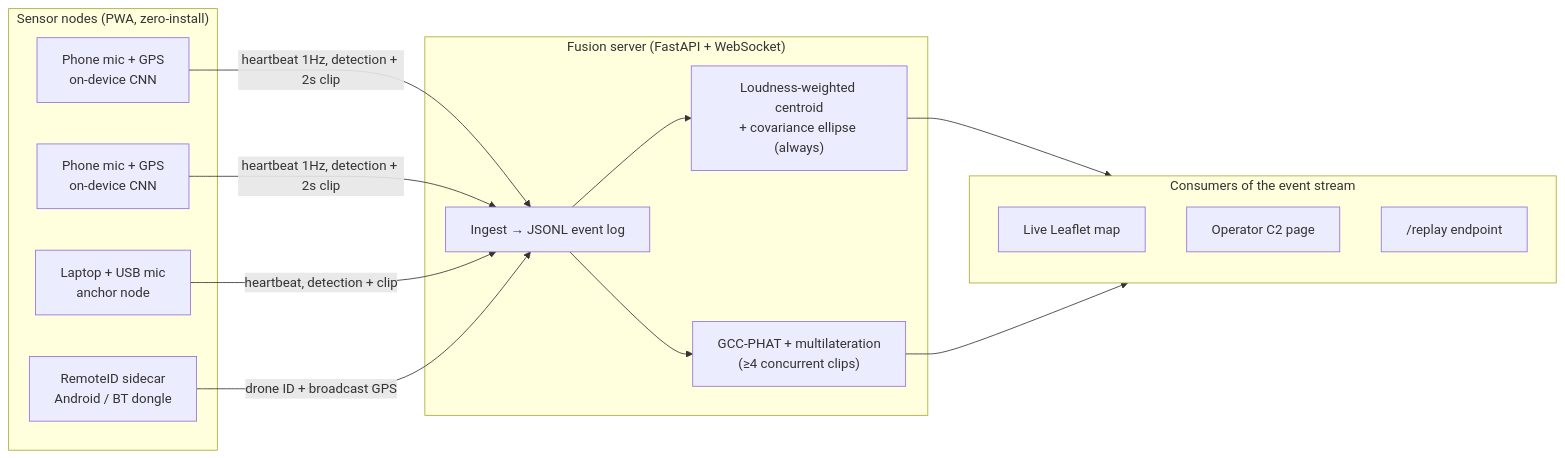
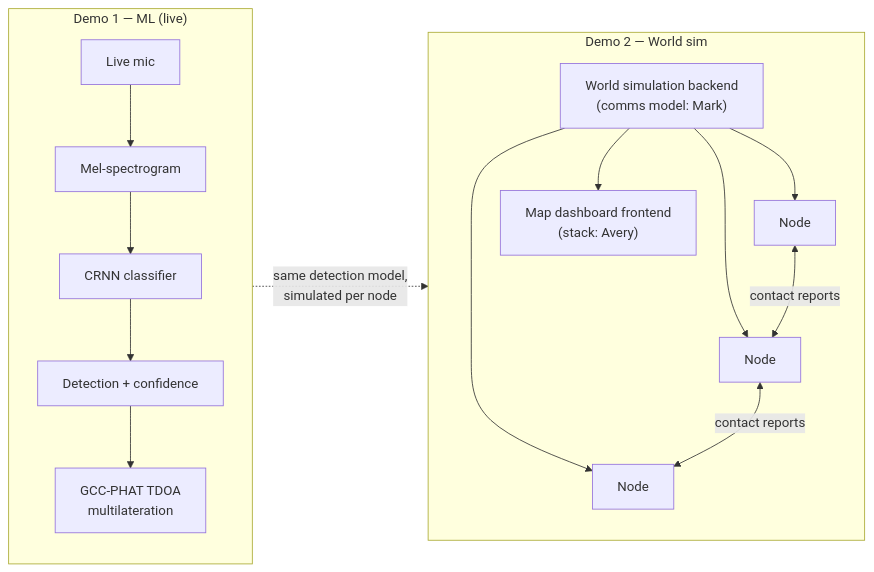
The diagram in README.md (hongnoul/dnhacks-node), drawn with Mermaid before and after one commit. The commit also changed other lines of this file, not shown here.

Commit message:
Draft README: two-demo plan (ML live-mic demo + world-sim full-stack demo)

````diff
--- a/README.md
+++ b/README.md
@@ -23,25 +40,14 @@
 ```mermaid
 flowchart LR
-    subgraph Nodes["Sensor nodes (PWA, zero-install)"]
-        P1["Phone mic + GPS\non-device CNN"]
-        P2["Phone mic + GPS\non-device CNN"]
-        L1["Laptop + USB mic\nanchor node"]
-        R1["RemoteID sidecar\nAndroid / BT dongle"]
+    subgraph Demo1["Demo 1 — ML (live)"]
+        MIC["Live mic"] --> MEL["Mel-spectrogram"] --> CRNN["CRNN classifier"]
+        CRNN --> DET["Detection + confidence"]
+        DET --> TDOA["GCC-PHAT TDOA\nmultilateration"]
     end
-    subgraph Server["Fusion server (FastAPI + WebSocket)"]
-        ING["Ingest → JSONL event log"]
-        CENT["Loudness-weighted centroid\n+ covariance ellipse (always)"]
-        TDOA["GCC-PHAT + multilateration\n(≥4 concurrent clips)"]
+    subgraph Demo2["Demo 2 — World sim"]
+        SIM["World simulation backend\n(comms model: Mark)"] --> N1["Node"] & N2["Node"] & N3["Node"]
+        N1 <-->|contact reports| N2 <-->|contact reports| N3
+        SIM --> DASH["Map dashboard frontend\n(stack: Avery)"]
     end
-    subgraph UI["Consumers of the event stream"]
-        MAP["Live Leaflet map"]
-        OPS["Operator C2 page"]
-        REP["/replay endpoint"]
-    end
-    P1 -->|heartbeat 1Hz, detection + 2s clip| ING
-    P2 -->|heartbeat 1Hz, detection + 2s clip| ING
-    L1 -->|heartbeat, detection + clip| ING
-    R1 -->|drone ID + broadcast GPS| ING
-    ING --> CENT --> UI
-    ING --> TDOA --> UI
+    Demo1 -.->|"same detection model,\nsimulated per node"| Demo2
 ```
````
